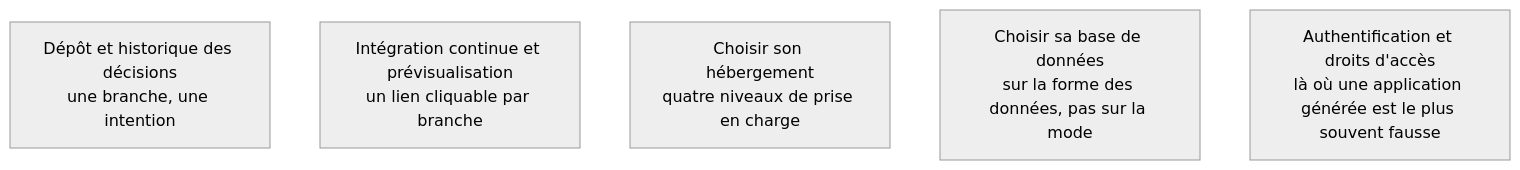
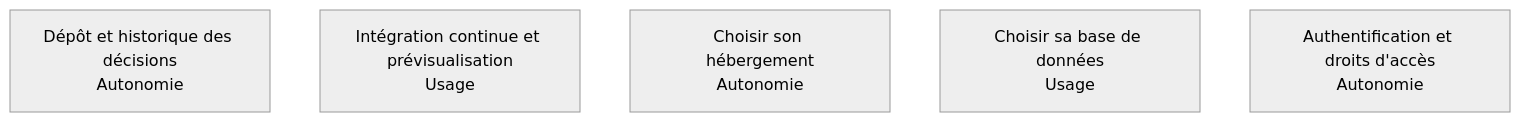
The diagram in content/parcours/ai-product-builder/mise-en-ligne/index.md (floSa/Atlas-Metiers-Roadmaps), drawn with Mermaid (neutral theme) before and after one commit. The commit also changed other lines of this file and 7 other files, not shown here.

````diff
--- a/content/parcours/ai-product-builder/mise-en-ligne/index.md
+++ b/content/parcours/ai-product-builder/mise-en-ligne/index.md
@@ -11,14 +11,14 @@
 ```mermaid
 flowchart TD
-  D["Dépôt et historique des décisions<br/>une branche, une intention"]
-  I["Intégration continue et prévisualisation<br/>un lien cliquable par branche"]
-  H["Choisir son hébergement<br/>quatre niveaux de prise en charge"]
-  B["Choisir sa base de données<br/>sur la forme des données, pas sur la mode"]
-  A["Authentification et droits d'accès<br/>là où une application générée est le plus souvent fausse"]
+  D["Dépôt et historique des décisions<br/>Autonomie"]
+  I["Intégration continue et prévisualisation<br/>Usage"]
+  H["Choisir son hébergement<br/>Autonomie"]
+  B["Choisir sa base de données<br/>Usage"]
+  A["Authentification et droits d'accès<br/>Autonomie"]
 
   click D "/parcours/ai-product-builder/mise-en-ligne/depot-et-historique-des-decisions"
   click I "/parcours/ai-product-builder/mise-en-ligne/integration-continue-et-previsualisation"
   click H "/parcours/ai-product-builder/mise-en-ligne/choisir-son-hebergement"
   click B "/parcours/ai-product-builder/mise-en-ligne/choisir-sa-base-de-donnees"
   click A "/parcours/ai-product-builder/mise-en-ligne/authentification-et-droits-d-acces"
 ```
````
